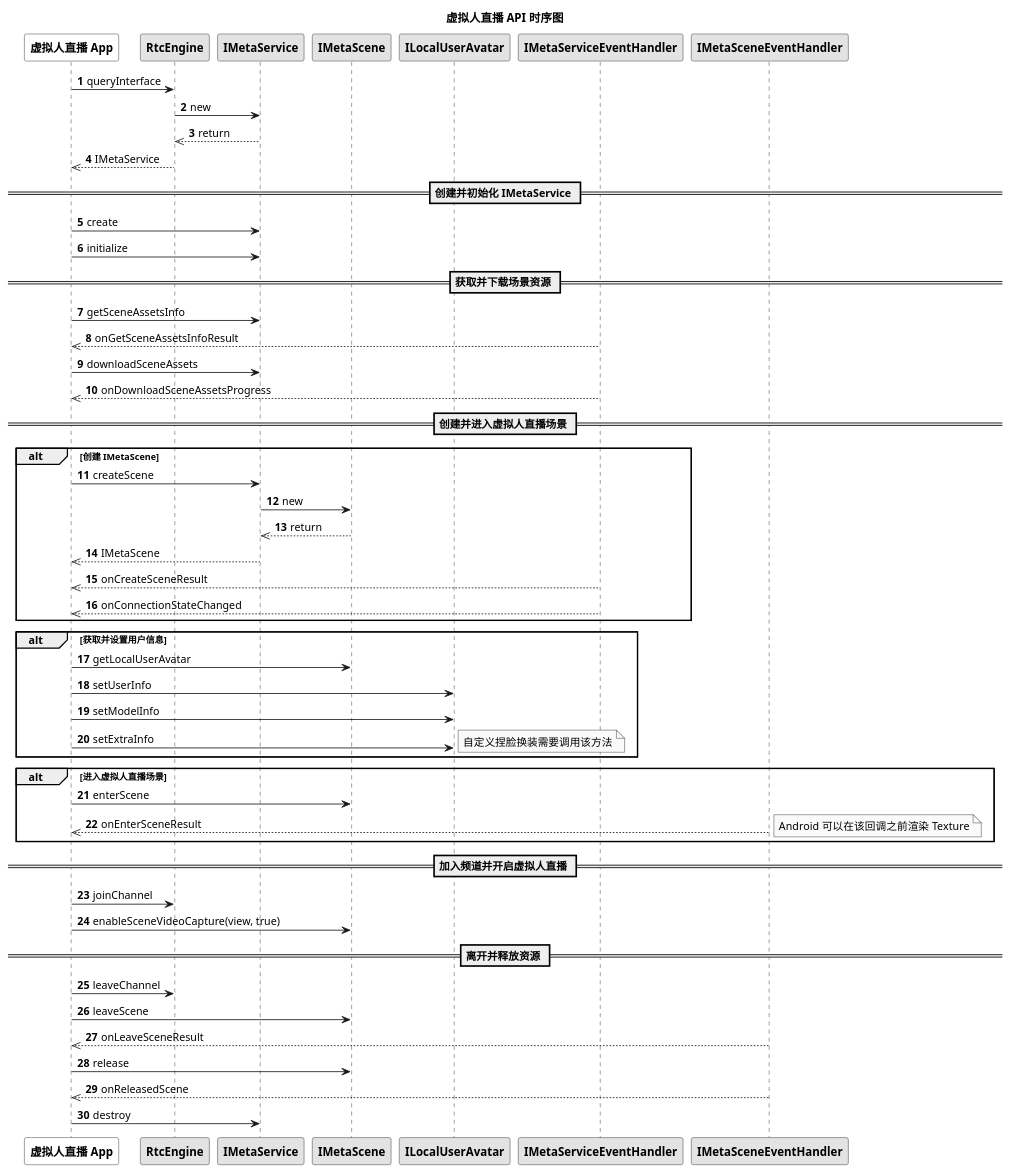
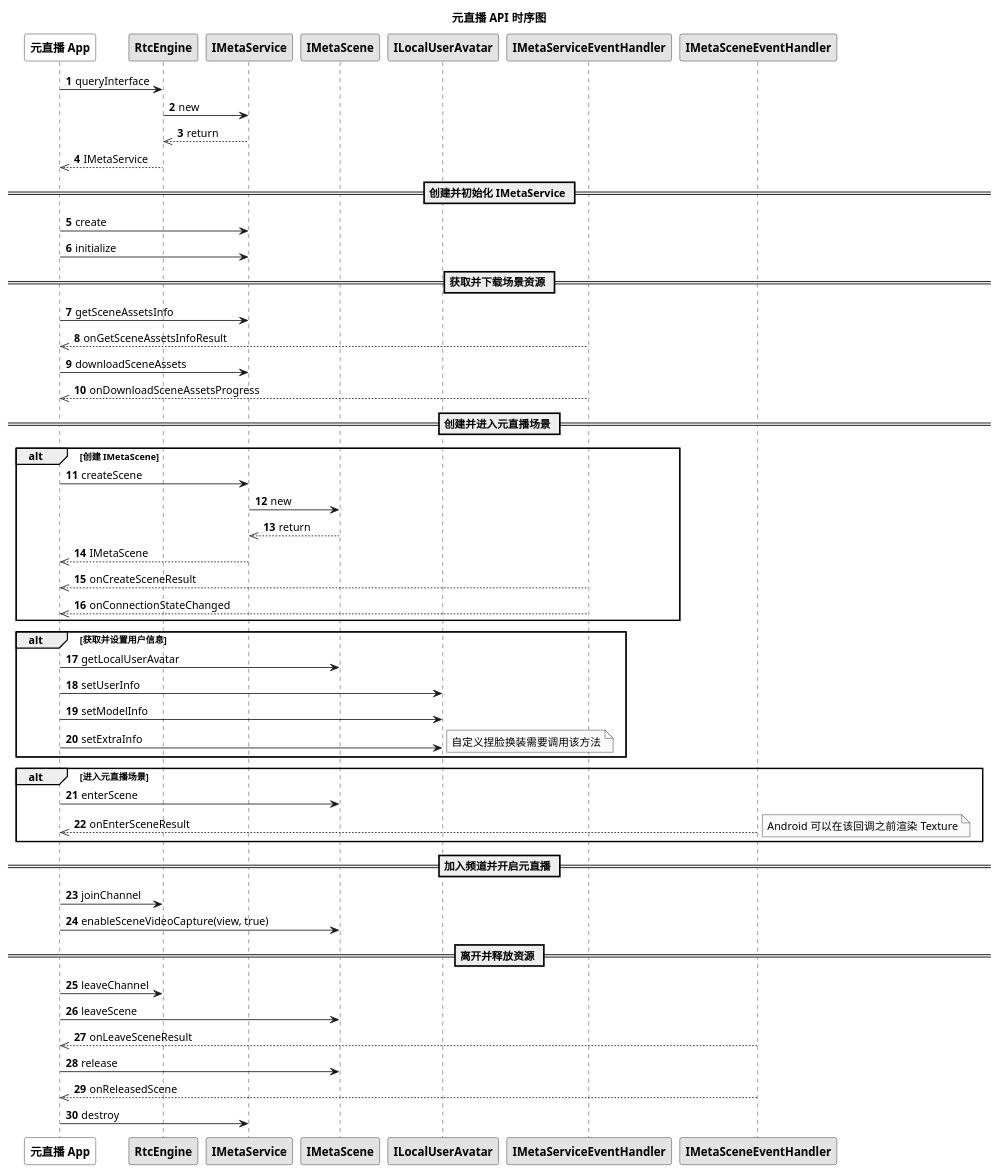
Before and after one commit to AgoraIO/agora_doc_source: the diagram in markdown/metaworld/pic/android_ml_api.wsd, drawn with PlantUML. The commit also changed 3 other files, not shown here.

```diff
--- a/markdown/metaworld/pic/android_ml_api.wsd
+++ b/markdown/metaworld/pic/android_ml_api.wsd
@@ -1,61 +1,61 @@
 @startuml
 autonumber
 skinparam monochrome true
 
-title 虚拟人直播 API 时序图
-participant "<b>虚拟人直播 App</b>" as app #White
+title 元直播 API 时序图
+participant "<b>元直播 App</b>" as app #White
 participant "<b>RtcEngine</b>" as rtc
 participant "<b>IMetaService</b>" as service
 participant "<b>IMetaScene</b>" as scene
 participant "<b>ILocalUserAvatar</b>" as avatar
 participant "<b>IMetaServiceEventHandler</b>" as serviceevent
 participant "<b>IMetaSceneEventHandler</b>" as sceneevent
 
 app -> rtc: queryInterface
 rtc -> service: new
 service -->> rtc: return
 rtc -->> app: IMetaService
 == 创建并初始化 IMetaService ==
 app -> service: create
 app -> service: initialize
 == 获取并下载场景资源 ==
 app -> service: getSceneAssetsInfo
 serviceevent -->> app: onGetSceneAssetsInfoResult
 app -> service: downloadSceneAssets
 serviceevent -->> app: onDownloadSceneAssetsProgress
-== 创建并进入虚拟人直播场景 ==
+== 创建并进入元直播场景 ==
 alt 创建 IMetaScene
 app -> service: createScene
 service -> scene: new
 scene -->> service: return
 service -->> app: IMetaScene
 serviceevent -->> app: onCreateSceneResult
 serviceevent -->> app: onConnectionStateChanged
 end
 alt 获取并设置用户信息
 app -> scene: getLocalUserAvatar
 app -> avatar: setUserInfo
 app -> avatar: setModelInfo
 app -> avatar: setExtraInfo
 note right
 自定义捏脸换装需要调用该方法
 end note
 end
-alt 进入虚拟人直播场景
+alt 进入元直播场景
 app -> scene: enterScene
 sceneevent -->> app: onEnterSceneResult
 note right
 Android 可以在该回调之前渲染 Texture
 end note
 end
-== 加入频道并开启虚拟人直播 ==
+== 加入频道并开启元直播 ==
 app -> rtc: joinChannel
 app -> scene: enableSceneVideoCapture(view, true)
 == 离开并释放资源 ==
 app -> rtc: leaveChannel
 app -> scene: leaveScene
 sceneevent -->> app: onLeaveSceneResult
 app -> scene: release
 sceneevent -->> app: onReleasedScene
 app -> service: destroy
 @enduml
```
